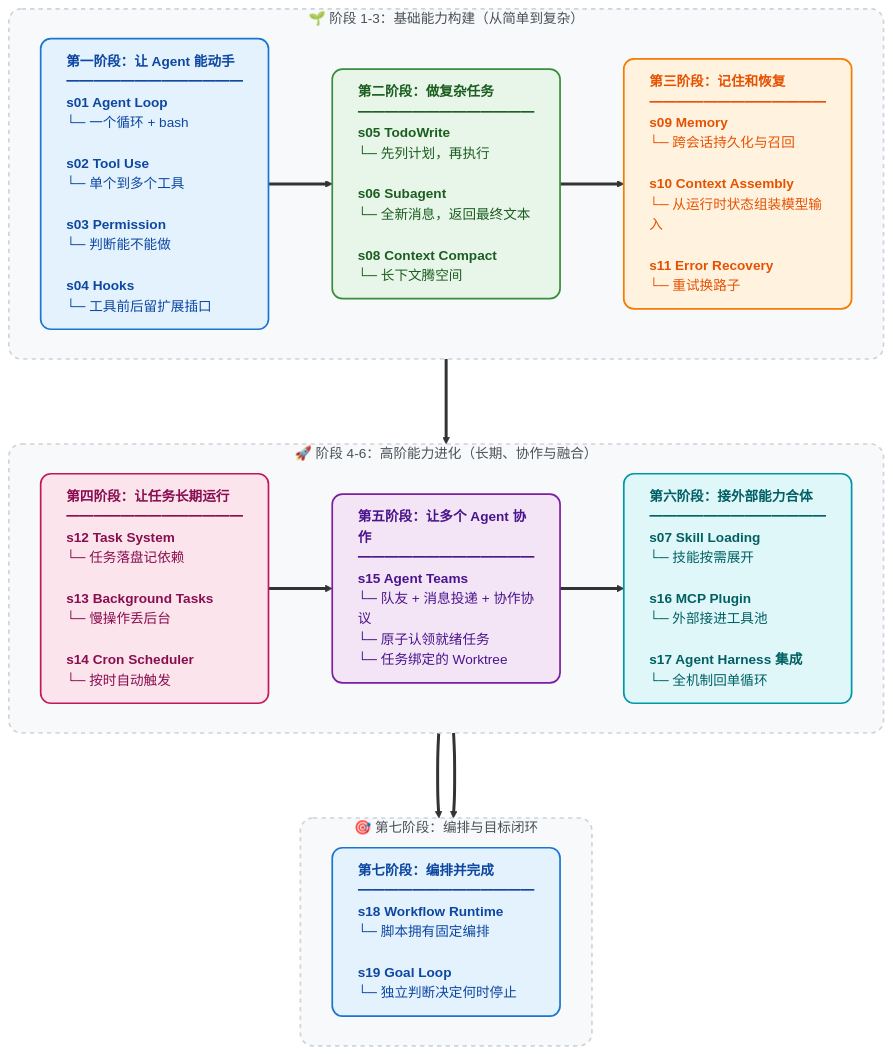
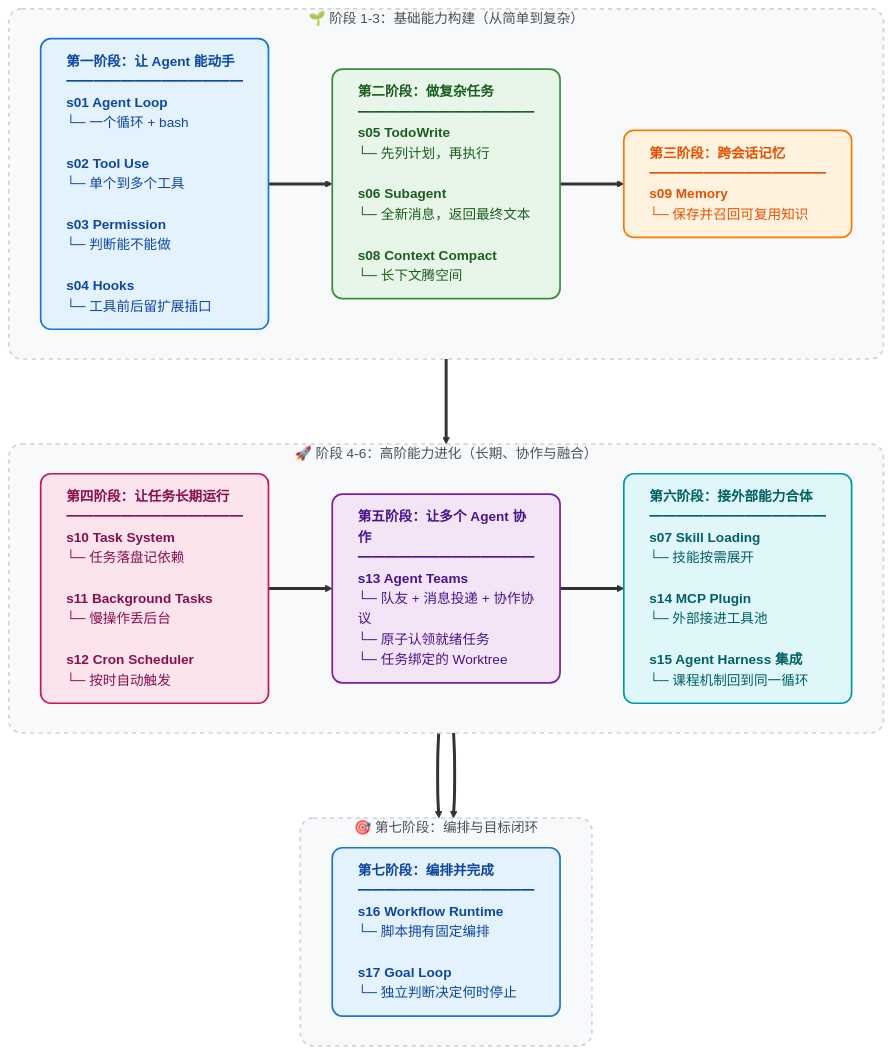
One commit to snake-fan/learn-claude-code changed the diagram in README-zh.md. Above: the diagram before and after it, drawn with Mermaid. The commit also changed other lines of this file and 312 other files, not shown here.

````diff
--- a/README-zh.md
+++ b/README-zh.md
@@ -302,50 +298,50 @@
 ```mermaid
 flowchart TD
     %% 统一定义卡片样式：加入 text-align:left 保证列表不会居中乱飘
     classDef stage1 fill:#E3F2FD,stroke:#1976D2,stroke-width:2px,color:#0D47A1,rx:12,ry:12,text-align:left
     classDef stage2 fill:#E8F5E9,stroke:#388E3C,stroke-width:2px,color:#1B5E20,rx:12,ry:12,text-align:left
     classDef stage3 fill:#FFF3E0,stroke:#F57C00,stroke-width:2px,color:#E65100,rx:12,ry:12,text-align:left
     classDef stage4 fill:#FCE4EC,stroke:#C2185b,stroke-width:2px,color:#880E4F,rx:12,ry:12,text-align:left
     classDef stage5 fill:#F3E5F5,stroke:#7B1FA2,stroke-width:2px,color:#4A148C,rx:12,ry:12,text-align:left
     classDef stage6 fill:#E0F7FA,stroke:#0097A7,stroke-width:2px,color:#006064,rx:12,ry:12,text-align:left
     
     %% 背景框样式
     classDef groupBox fill:#F8F9FA,stroke:#CED4DA,stroke-width:2px,stroke-dasharray: 5 5,rx:15,ry:15,color:#495057
     
     %% 第一层：1-3阶段
     subgraph Phase1 ["🌱 阶段 1-3：基础能力构建（从简单到复杂）"]
         direction LR
         S1["<b>第一阶段：让 Agent 能动手</b><br/>━━━━━━━━━━━━━<br/><b>s01 Agent Loop</b><br/>└─ 一个循环 + bash<br/><br/><b>s02 Tool Use</b><br/>└─ 单个到多个工具<br/><br/><b>s03 Permission</b><br/>└─ 判断能不能做<br/><br/><b>s04 Hooks</b><br/>└─ 工具前后留扩展插口"]:::stage1
 
         S2["<b>第二阶段：做复杂任务</b><br/>━━━━━━━━━━━━━<br/><b>s05 TodoWrite</b><br/>└─ 先列计划，再执行<br/><br/><b>s06 Subagent</b><br/>└─ 全新消息，返回最终文本<br/><br/><b>s08 Context Compact</b><br/>└─ 长下文腾空间"]:::stage2
 
-        S3["<b>第三阶段：记住和恢复</b><br/>━━━━━━━━━━━━━<br/><b>s09 Memory</b><br/>└─ 跨会话持久化与召回<br/><br/><b>s10 Context Assembly</b><br/>└─ 从运行时状态组装模型输入<br/><br/><b>s11 Error Recovery</b><br/>└─ 重试换路子"]:::stage3
+        S3["<b>第三阶段：跨会话记忆</b><br/>━━━━━━━━━━━━━<br/><b>s09 Memory</b><br/>└─ 保存并召回可复用知识"]:::stage3
 
         S1 ==> S2 ==> S3
     end
 
     %% 第二层：4-6阶段
     subgraph Phase2 ["🚀 阶段 4-6：高阶能力进化（长期、协作与融合）"]
         direction LR
-        S4["<b>第四阶段：让任务长期运行</b><br/>━━━━━━━━━━━━━<br/><b>s12 Task System</b><br/>└─ 任务落盘记依赖<br/><br/><b>s13 Background Tasks</b><br/>└─ 慢操作丢后台<br/><br/><b>s14 Cron Scheduler</b><br/>└─ 按时自动触发"]:::stage4
+        S4["<b>第四阶段：让任务长期运行</b><br/>━━━━━━━━━━━━━<br/><b>s10 Task System</b><br/>└─ 任务落盘记依赖<br/><br/><b>s11 Background Tasks</b><br/>└─ 慢操作丢后台<br/><br/><b>s12 Cron Scheduler</b><br/>└─ 按时自动触发"]:::stage4
 
-        S5["<b>第五阶段：让多个 Agent 协作</b><br/>━━━━━━━━━━━━━<br/><b>s15 Agent Teams</b><br/>└─ 队友 + 消息投递 + 协作协议<br/>└─ 原子认领就绪任务<br/>└─ 任务绑定的 Worktree"]:::stage5
+        S5["<b>第五阶段：让多个 Agent 协作</b><br/>━━━━━━━━━━━━━<br/><b>s13 Agent Teams</b><br/>└─ 队友 + 消息投递 + 协作协议<br/>└─ 原子认领就绪任务<br/>└─ 任务绑定的 Worktree"]:::stage5
 
-        S6["<b>第六阶段：接外部能力合体</b><br/>━━━━━━━━━━━━━<br/><b>s07 Skill Loading</b><br/>└─ 技能按需展开<br/><br/><b>s16 MCP Plugin</b><br/>└─ 外部接进工具池<br/><br/><b>s17 Agent Harness 集成</b><br/>└─ 全机制回单循环"]:::stage6
+        S6["<b>第六阶段：接外部能力合体</b><br/>━━━━━━━━━━━━━<br/><b>s07 Skill Loading</b><br/>└─ 技能按需展开<br/><br/><b>s14 MCP Plugin</b><br/>└─ 外部接进工具池<br/><br/><b>s15 Agent Harness 集成</b><br/>└─ 课程机制回到同一循环"]:::stage6
 
         S4 ==> S5 ==> S6
     end
 
     %% 第三层：编排与目标闭环
     subgraph Phase3 ["🎯 第七阶段：编排与目标闭环"]
         direction LR
-        S7["<b>第七阶段：编排并完成</b><br/>━━━━━━━━━━━━━<br/><b>s18 Workflow Runtime</b><br/>└─ 脚本拥有固定编排<br/><br/><b>s19 Goal Loop</b><br/>└─ 独立判断决定何时停止"]:::stage1
+        S7["<b>第七阶段：编排并完成</b><br/>━━━━━━━━━━━━━<br/><b>s16 Workflow Runtime</b><br/>└─ 脚本拥有固定编排<br/><br/><b>s17 Goal Loop</b><br/>└─ 独立判断决定何时停止"]:::stage1
         S6 ==> S7
     end
 
     %% 将三个模块连接起来，形成 Z 字形阅读流
     Phase1 ===> Phase2 ===> Phase3
 
     %% 应用背景样式
     class Phase1,Phase2,Phase3 groupBox
 ```
````
